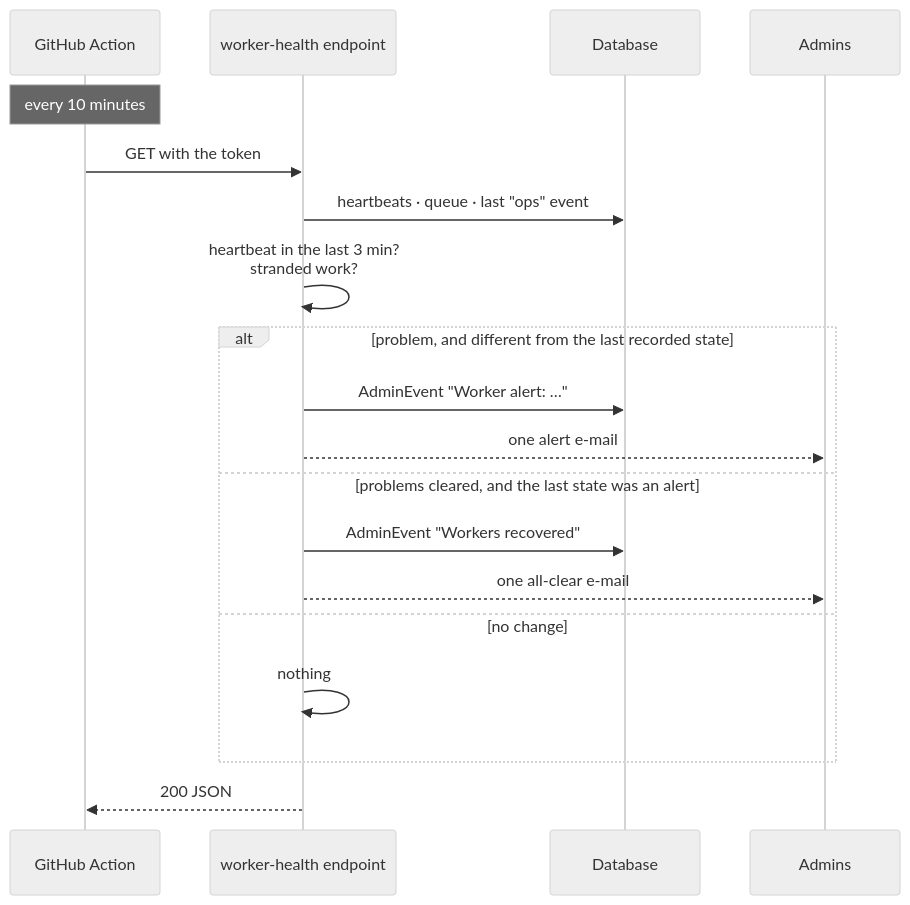
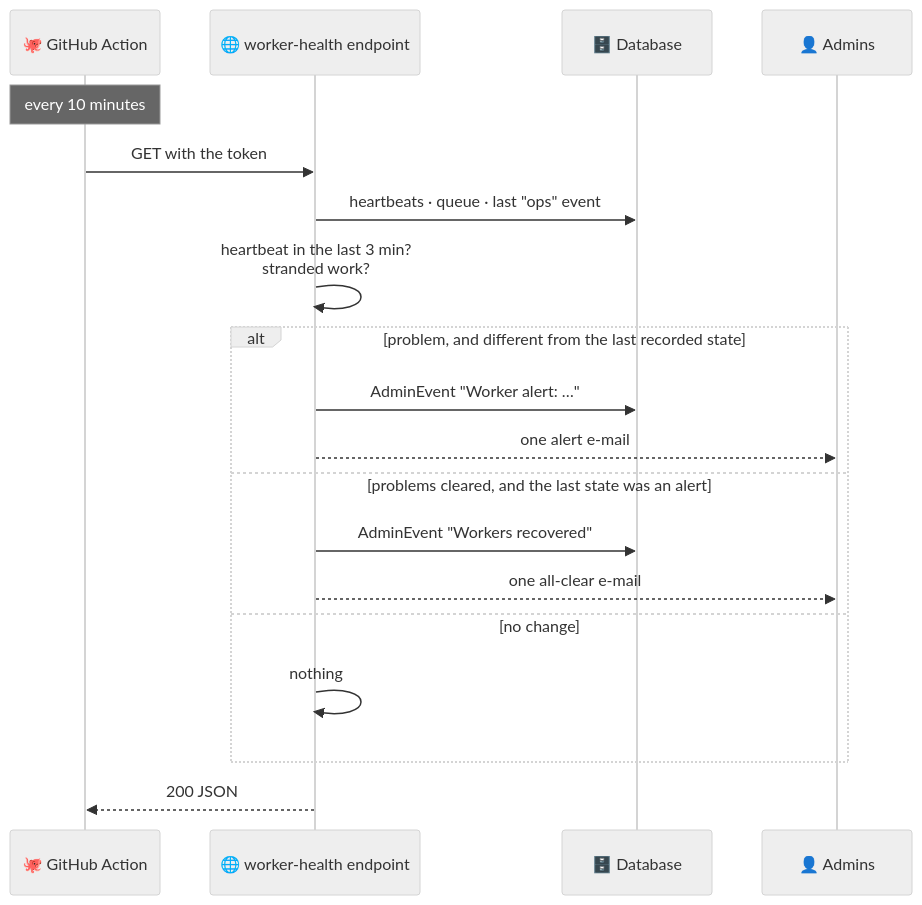
Before and after one commit to McMaster-Battery-Research-Group/battery-soc-benchmark: the fourth of 5 diagrams in docs/walkthrough/10-administration-notifications-reports-monitoring.md, drawn with Mermaid (neutral theme). The commit also changed other lines of this file and 38 other files, not shown here.

Commit message:
Walkthrough: consistent icon system (icon key, part and section icons, diagram labels) + tool/company logos

````diff
--- a/docs/walkthrough/10-administration-notifications-reports-monitoring.md
+++ b/docs/walkthrough/10-administration-notifications-reports-monitoring.md
@@ -105,22 +105,22 @@
 ```mermaid
 sequenceDiagram
-    participant GH as GitHub Action
-    participant W as worker-health endpoint
-    participant DB as Database
-    participant A as Admins
+    participant GH as 🐙 GitHub Action
+    participant W as 🌐 worker-health endpoint
+    participant DB as 🗄️ Database
+    participant A as 👤 Admins
 
     Note over GH: every 10 minutes
     GH->>W: GET with the token
     W->>DB: heartbeats · queue · last "ops" event
     W->>W: heartbeat in the last 3 min?<br/>stranded work?
     alt problem, and different from the last recorded state
         W->>DB: AdminEvent "Worker alert: …"
         W-->>A: one alert e-mail
     else problems cleared, and the last state was an alert
         W->>DB: AdminEvent "Workers recovered"
         W-->>A: one all-clear e-mail
     else no change
         W->>W: nothing
     end
     W-->>GH: 200 JSON
 ```
````
